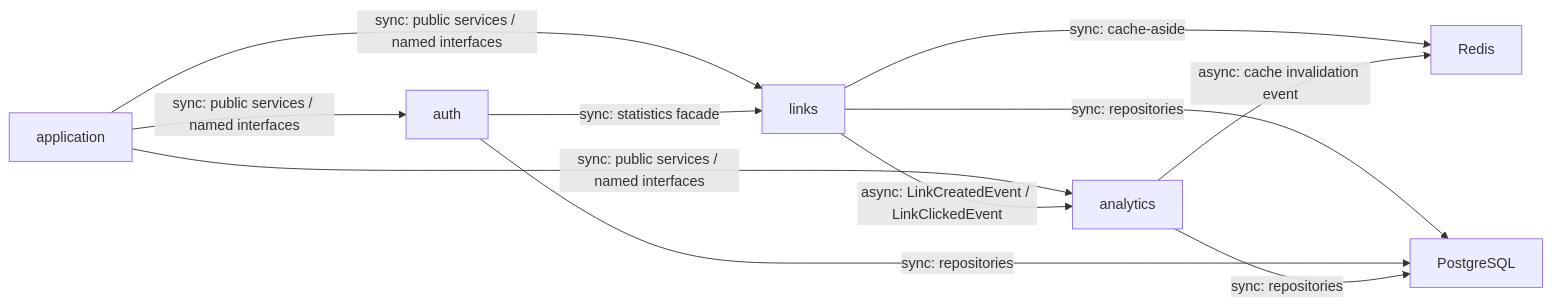
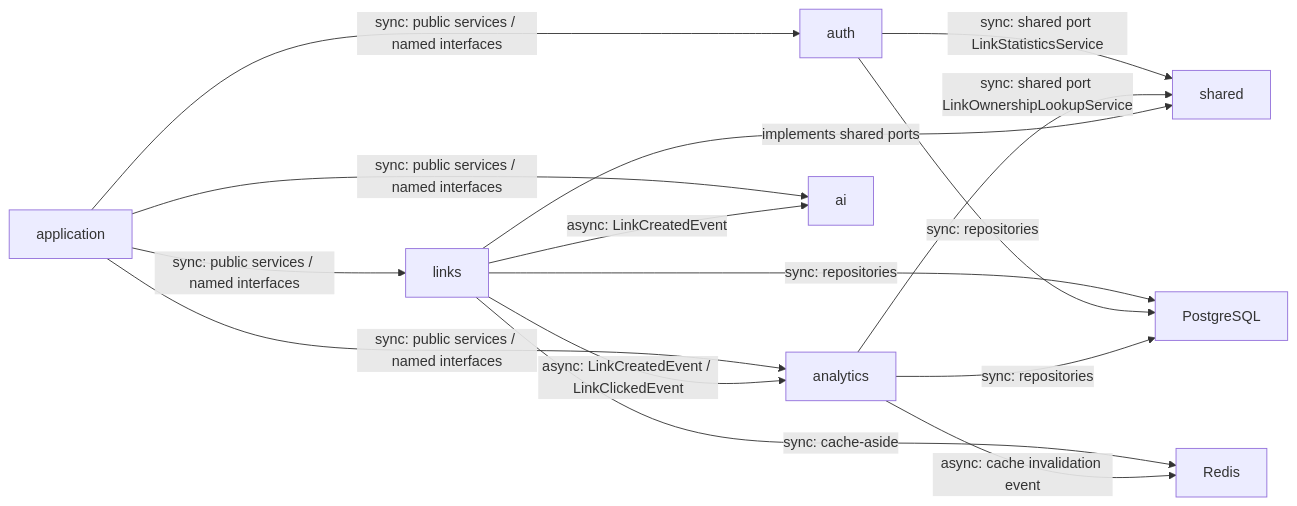
One commit to leoyakubov/weblink-pilot changed the first of 6 diagrams in docs/design/module-communication.md. Above: the diagram before and after it, drawn with Mermaid. The commit also changed other lines of this file and 16 other files, not shown here.

Commit message:
docs: update roadmap and backend quality notes

````diff
--- a/docs/design/module-communication.md
+++ b/docs/design/module-communication.md
@@ -53,13 +53,17 @@
 ```mermaid
 flowchart LR
   A["application"] -->|"sync: public services / named interfaces"| B["auth"]
   A -->|"sync: public services / named interfaces"| C["links"]
   A -->|"sync: public services / named interfaces"| D["analytics"]
-  B -->|"sync: statistics facade"| C
+  A -->|"sync: public services / named interfaces"| AI["ai"]
+  B -->|"sync: shared port LinkStatisticsService"| S["shared"]
+  D -->|"sync: shared port LinkOwnershipLookupService"| S
+  C -->|"implements shared ports"| S
   C -->|"async: LinkCreatedEvent / LinkClickedEvent"| D
+  C -->|"async: LinkCreatedEvent"| AI
   C -->|"sync: cache-aside"| R["Redis"]
   D -->|"async: cache invalidation event"| R
   C -->|"sync: repositories"| P["PostgreSQL"]
   B -->|"sync: repositories"| P
   D -->|"sync: repositories"| P
 ```
````
